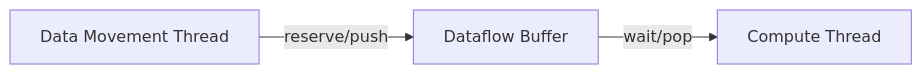
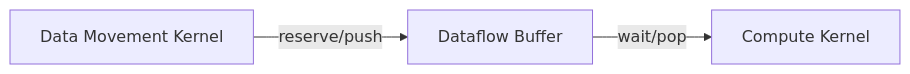
Before and after one commit to tenstorrent/tt-lang: the first of 2 diagrams in docs/sphinx/tour/dataflow-buffers.md, drawn with Mermaid. The commit also changed other lines of this file and 20 other files, not shown here.

````diff
--- a/docs/sphinx/tour/dataflow-buffers.md
+++ b/docs/sphinx/tour/dataflow-buffers.md
@@ -11,5 +11,5 @@
 ```{mermaid}
 graph LR
-    DM[Data Movement Thread] -->|reserve/push| DFB[Dataflow Buffer]
-    DFB -->|wait/pop| CT[Compute Thread]
+    DM[Data Movement Kernel] -->|reserve/push| DFB[Dataflow Buffer]
+    DFB -->|wait/pop| CT[Compute Kernel]
 ```
````
